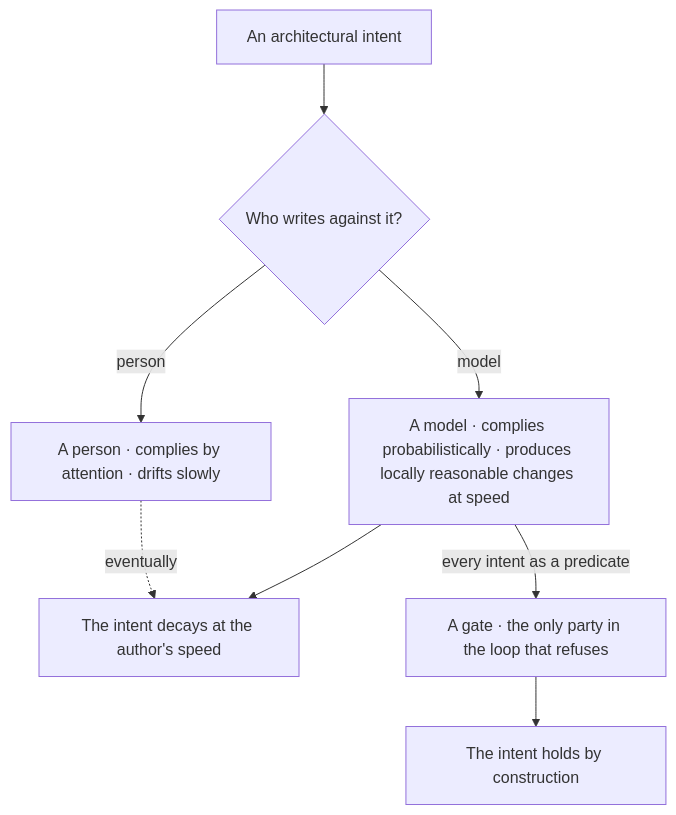
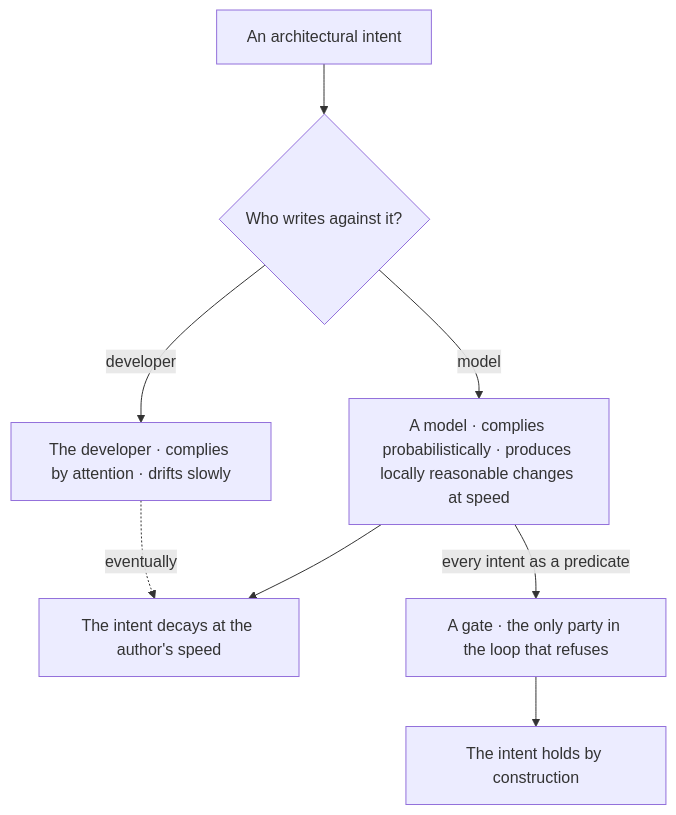
Before and after one commit to Varietyz/Disciplined-AI-Software-Development: the sixth of 9 diagrams in architecture/SCALE.md, drawn with Mermaid. The commit also changed other lines of this file and 25 other files, not shown here.

````diff
--- a/architecture/SCALE.md
+++ b/architecture/SCALE.md
@@ -233,14 +219,14 @@
 ```mermaid
 flowchart TB
 intent["An architectural intent"]
 author{"Who writes against it?"}
-person["A person · complies by attention · drifts slowly"]
+person["The developer · complies by attention · drifts slowly"]
 model["A model · complies probabilistically · produces locally reasonable changes at speed"]
 gate["A gate · the only party in the loop that refuses"]
 holds["The intent holds by construction"]
 decays["The intent decays at the author's speed"]
 intent --> author
-author -- person --> person -. eventually .-> decays
+author -- developer --> person -. eventually .-> decays
 author -- model --> model --> decays
 model -- every intent as a predicate --> gate --> holds
 ```
````
